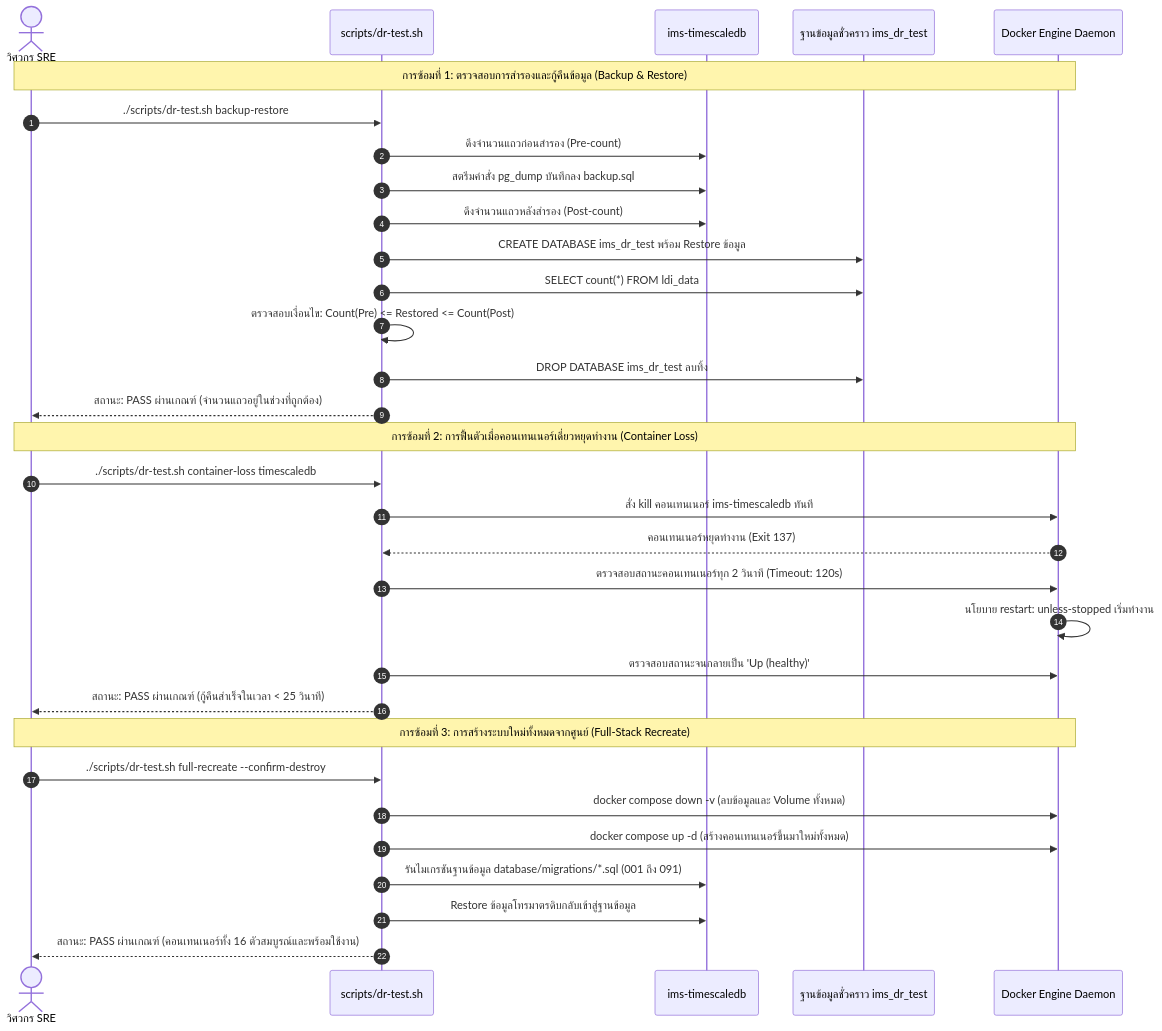
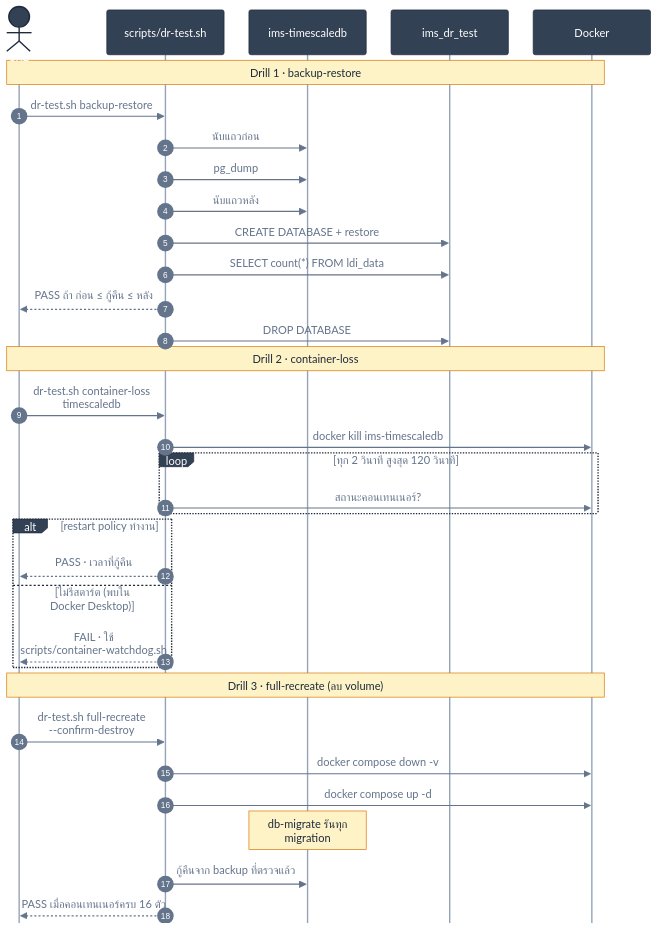
The diagram in th/docs/operations/DR_TEST_PLAN.md (PATTANAKORN025/IMS), drawn with Mermaid before and after one commit. The commit also changed 84 other files, not shown here.

First line of the commit message:
docs(diagrams): one verified, accessible standard for every Mermaid diagram

````diff
--- a/th/docs/operations/DR_TEST_PLAN.md
+++ b/th/docs/operations/DR_TEST_PLAN.md
@@ -28,37 +28,39 @@
 ```mermaid
+%%{init: {"flowchart": {"nodeSpacing": 20, "rankSpacing": 32, "padding": 10, "wrappingWidth": 150, "curve": "basis"}, "sequence": {"wrap": true, "width": 170, "actorMargin": 36, "boxMargin": 8, "noteMargin": 8, "messageMargin": 30, "mirrorActors": false}, "state": {"padding": 6}, "theme": "base", "themeVariables": {"fontFamily": "Inter, Segoe UI, Helvetica, Arial, sans-serif", "fontSize": "14px", "primaryColor": "#334155", "primaryTextColor": "#ffffff", "primaryBorderColor": "#1e293b", "lineColor": "#64748b", "textColor": "#64748b", "secondaryColor": "#475569", "tertiaryColor": "#f1f5f9", "clusterBkg": "transparent", "clusterBorder": "#94a3b8", "titleColor": "#64748b", "edgeLabelBackground": "#475569", "nodeTextColor": "#ffffff", "noteBkgColor": "#fef3c7", "noteTextColor": "#1e293b", "noteBorderColor": "#d97706", "actorBkg": "#334155", "actorTextColor": "#ffffff", "actorBorder": "#1e293b", "actorLineColor": "#94a3b8", "signalColor": "#64748b", "signalTextColor": "#64748b", "labelBoxBkgColor": "#334155", "labelBoxBorderColor": "#1e293b", "labelTextColor": "#ffffff", "loopTextColor": "#64748b", "activationBkgColor": "#e2e8f0", "sequenceNumberColor": "#ffffff", "stateLabelColor": "#ffffff", "compositeBackground": "transparent", "transitionColor": "#64748b", "transitionLabelColor": "#64748b"}}}%%
 sequenceDiagram
+  accTitle: การซ้อมกู้คืนระบบ
+  accDescr: การซ้อม 3 แบบที่รันโดย scripts/dr-test.sh: สำรองและกู้คืนลงฐานข้อมูลชั่วคราวพร้อมตรวจจำนวนแถว, kill คอนเทนเนอร์หนึ่งตัวและจับเวลาการรีสตาร์ต และการสร้างใหม่ทั้งหมดแบบทำลายข้อมูลซึ่งต้องใช้ --confirm-destroy
   autonumber
-  actor SRE as วิศวกร SRE
-  participant Script as scripts/dr-test.sh
-  participant DB as ims-timescaledb
-  participant TestDB as ฐานข้อมูลชั่วคราว ims_dr_test
-  participant Docker as Docker Engine Daemon
-
-  Note over SRE,Docker: การซ้อมที่ 1: ตรวจสอบการสำรองและกู้คืนข้อมูล (Backup & Restore)
-  SRE->>Script: ./scripts/dr-test.sh backup-restore
-  Script->>DB: ดึงจำนวนแถวก่อนสำรอง (Pre-count)
-  Script->>DB: สตรีมคำสั่ง pg_dump บันทึกลง backup.sql
-  Script->>DB: ดึงจำนวนแถวหลังสำรอง (Post-count)
-  Script->>TestDB: CREATE DATABASE ims_dr_test พร้อม Restore ข้อมูล
-  Script->>TestDB: SELECT count(*) FROM ldi_data
-  Script->>Script: ตรวจสอบเงื่อนไข: Count(Pre) <= Restored <= Count(Post)
-  Script->>TestDB: DROP DATABASE ims_dr_test ลบทิ้ง
-  Script-->>SRE: สถานะ: PASS ผ่านเกณฑ์ (จำนวนแถวอยู่ในช่วงที่ถูกต้อง)
-
-  Note over SRE,Docker: การซ้อมที่ 2: การฟื้นตัวเมื่อคอนเทนเนอร์เดี่ยวหยุดทำงาน (Container Loss)
-  SRE->>Script: ./scripts/dr-test.sh container-loss timescaledb
-  Script->>Docker: สั่ง kill คอนเทนเนอร์ ims-timescaledb ทันที
-  Docker-->>Script: คอนเทนเนอร์หยุดทำงาน (Exit 137)
-  Script->>Docker: ตรวจสอบสถานะคอนเทนเนอร์ทุก 2 วินาที (Timeout: 120s)
-  Docker->>Docker: นโยบาย restart: unless-stopped เริ่มทำงาน
-  Script->>Docker: ตรวจสอบสถานะจนกลายเป็น 'Up (healthy)'
-  Script-->>SRE: สถานะ: PASS ผ่านเกณฑ์ (กู้คืนสำเร็จในเวลา < 25 วินาที)
-
-  Note over SRE,Docker: การซ้อมที่ 3: การสร้างระบบใหม่ทั้งหมดจากศูนย์ (Full-Stack Recreate)
-  SRE->>Script: ./scripts/dr-test.sh full-recreate --confirm-destroy
-  Script->>Docker: docker compose down -v (ลบข้อมูลและ Volume ทั้งหมด)
-  Script->>Docker: docker compose up -d (สร้างคอนเทนเนอร์ขึ้นมาใหม่ทั้งหมด)
-  Script->>DB: รันไมเกรชันฐานข้อมูล database/migrations/*.sql (001 ถึง 091)
-  Script->>DB: Restore ข้อมูลโทรมาตรดิบกลับเข้าสู่ฐานข้อมูล
-  Script-->>SRE: สถานะ: PASS ผ่านเกณฑ์ (คอนเทนเนอร์ทั้ง 16 ตัวสมบูรณ์และพร้อมใช้งาน)
+  actor S as SRE
+  participant R as scripts/dr-test.sh
+  participant D as ims-timescaledb
+  participant T as ims_dr_test
+  participant K as Docker
+  Note over S,K: Drill 1 · backup-restore
+  S->>R: dr-test.sh backup-restore
+  R->>D: นับแถวก่อน
+  R->>D: pg_dump
+  R->>D: นับแถวหลัง
+  R->>T: CREATE DATABASE + restore
+  R->>T: SELECT count(*) FROM ldi_data
+  R-->>S: PASS ถ้า ก่อน ≤ กู้คืน ≤ หลัง
+  R->>T: DROP DATABASE
+  Note over S,K: Drill 2 · container-loss
+  S->>R: dr-test.sh container-loss timescaledb
+  R->>K: docker kill ims-timescaledb
+  loop ทุก 2 วินาที สูงสุด 120 วินาที
+    R->>K: สถานะคอนเทนเนอร์?
+  end
+  alt restart policy ทำงาน
+    R-->>S: PASS · เวลาที่กู้คืน
+  else ไม่รีสตาร์ต (พบใน Docker Desktop)
+    R-->>S: FAIL · ใช้ scripts/container-watchdog.sh
+  end
+  Note over S,K: Drill 3 · full-recreate (ลบ volume)
+  S->>R: dr-test.sh full-recreate --confirm-destroy
+  R->>K: docker compose down -v
+  R->>K: docker compose up -d
+  Note over D: db-migrate รันทุก migration
+  R->>D: กู้คืนจาก backup ที่ตรวจแล้ว
+  R-->>S: PASS เมื่อคอนเทนเนอร์ครบ 16 ตัว
 ```
````
